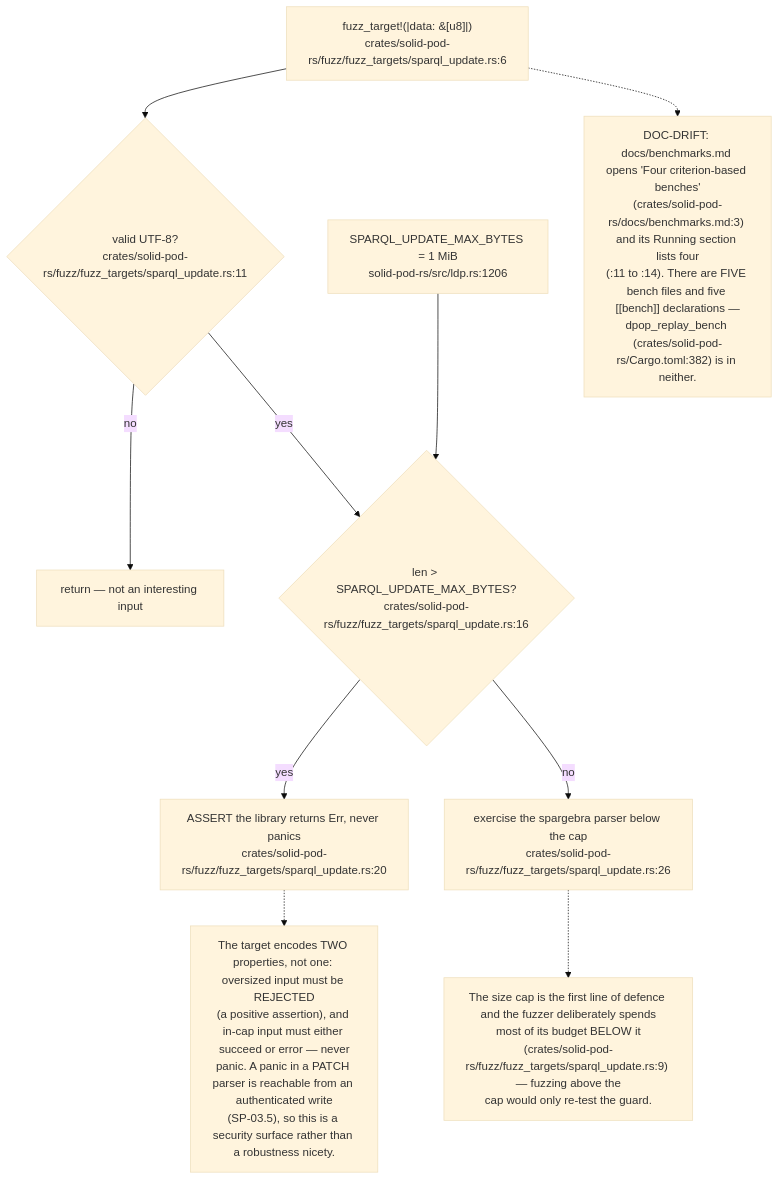
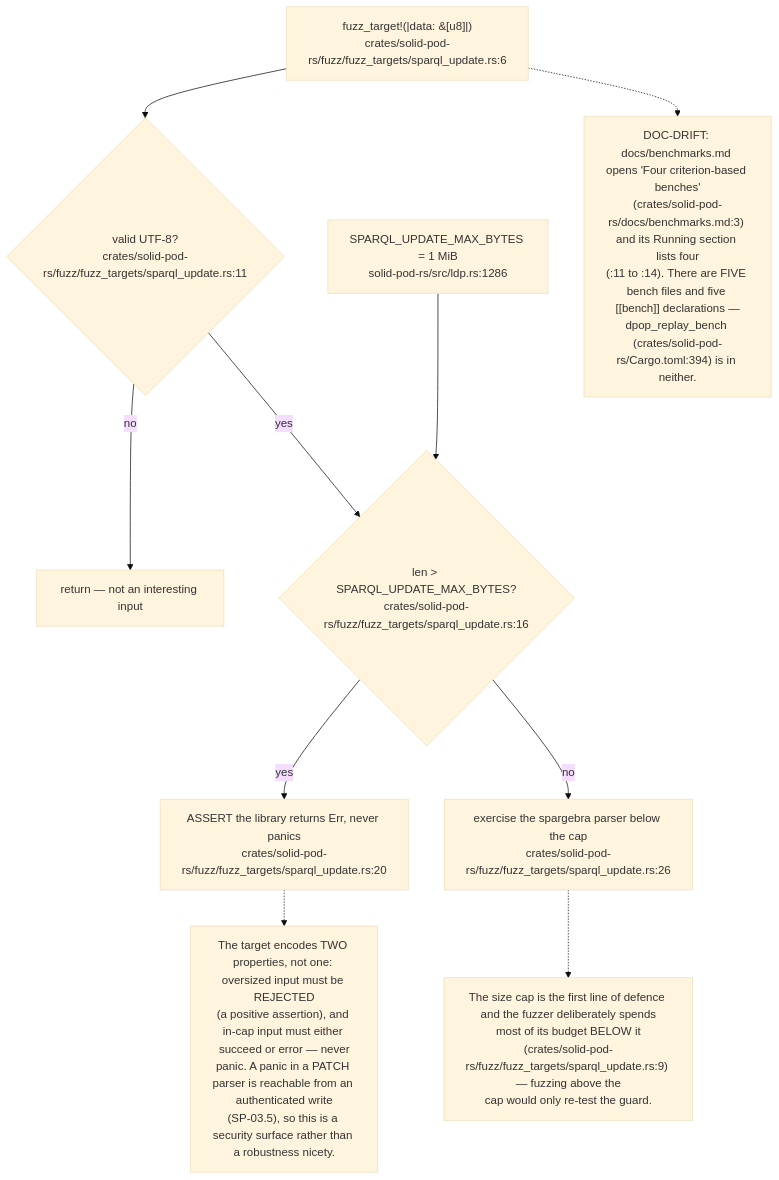
One commit to DreamLab-AI/VisionFlow changed the tenth of 10 diagrams in docs/diagrams/solid-pod-rs/09-ci-release-and-consumer-pins.md. Above: the diagram before and after it, drawn with Mermaid (base theme). The commit also changed other lines of this file, not shown here.

First line of the commit message:
docs(diagrams): SP-09 re-verified at solid-pod-rs a28a748; forum re-pinned at af4f0d5, website overlay at 567bed6

````diff
--- a/docs/diagrams/solid-pod-rs/09-ci-release-and-consumer-pins.md
+++ b/docs/diagrams/solid-pod-rs/09-ci-release-and-consumer-pins.md
@@ -343,24 +361,24 @@
 ```mermaid
 flowchart TD
     IN["fuzz_target!(|data: &[u8]|)<br/>crates/solid-pod-rs/fuzz/fuzz_targets/sparql_update.rs:6"]
     UTF{"valid UTF-8?<br/>crates/solid-pod-rs/fuzz/fuzz_targets/sparql_update.rs:11"}
     SKIP["return — not an interesting input"]
     CAP{"len > SPARQL_UPDATE_MAX_BYTES?<br/>crates/solid-pod-rs/fuzz/fuzz_targets/sparql_update.rs:16"}
     ASSERT["ASSERT the library returns Err, never panics<br/>crates/solid-pod-rs/fuzz/fuzz_targets/sparql_update.rs:20"]
     PARSE["exercise the spargebra parser below the cap<br/>crates/solid-pod-rs/fuzz/fuzz_targets/sparql_update.rs:26"]
-    LIM["SPARQL_UPDATE_MAX_BYTES = 1 MiB<br/>solid-pod-rs/src/ldp.rs:1206"]
+    LIM["SPARQL_UPDATE_MAX_BYTES = 1 MiB<br/>solid-pod-rs/src/ldp.rs:1286"]
 
     IN --> UTF
     UTF -- no --> SKIP
     UTF -- yes --> CAP
     CAP -- yes --> ASSERT
     CAP -- no --> PARSE
     LIM --> CAP
 
     N["The target encodes TWO properties, not one: oversized input must be REJECTED<br/>(a positive assertion), and in-cap input must either succeed or error — never<br/>panic. A panic in a PATCH parser is reachable from an authenticated write<br/>(SP-03.5), so this is a security surface rather than a robustness nicety."]
     ASSERT -.-> N
     N2["The size cap is the first line of defence and the fuzzer deliberately spends<br/>most of its budget BELOW it<br/>(crates/solid-pod-rs/fuzz/fuzz_targets/sparql_update.rs:9) — fuzzing above the<br/>cap would only re-test the guard."]
     PARSE -.-> N2
-    N3["DOC-DRIFT: docs/benchmarks.md opens 'Four criterion-based benches'<br/>(crates/solid-pod-rs/docs/benchmarks.md:3) and its Running section lists four<br/>(:11 to :14). There are FIVE bench files and five [[bench]] declarations —<br/>dpop_replay_bench (crates/solid-pod-rs/Cargo.toml:382) is in neither."]
+    N3["DOC-DRIFT: docs/benchmarks.md opens 'Four criterion-based benches'<br/>(crates/solid-pod-rs/docs/benchmarks.md:3) and its Running section lists four<br/>(:11 to :14). There are FIVE bench files and five [[bench]] declarations —<br/>dpop_replay_bench (crates/solid-pod-rs/Cargo.toml:394) is in neither."]
     IN -.-> N3
 ```
````
